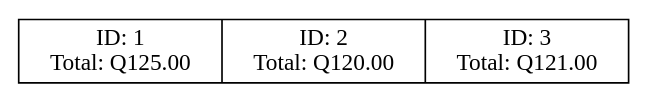
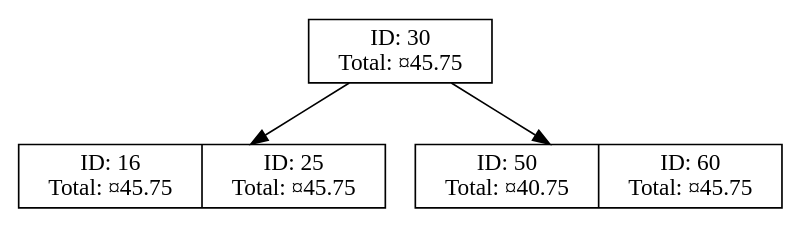
Before and after one commit to JavierVelasquez39/-EDD-1S2025_202307775: the diagram in Fase 2/AutoGestPro/Reportes/ÁrbolBFacturas.dot, drawn with Graphviz. The commit also changed 111 other files, not shown here.

```diff
--- a/Fase 2/AutoGestPro/Reportes/ÁrbolBFacturas.dot
+++ b/Fase 2/AutoGestPro/Reportes/ÁrbolBFacturas.dot
@@ -1,4 +1,8 @@
 digraph ArbolBFacturas {
 node [shape=record];
-nodo39201736 [label="<f1> ID: 1\nTotal: Q125.00|<f2> ID: 2\nTotal: Q120.00|<f3> ID: 3\nTotal: Q121.00"];
+nodo54778057 [label="<f30> ID: 30\nTotal: ¤45.75"];
+nodo54778057:f0 -> nodo23240469;
+nodo23240469 [label="<f16> ID: 16\nTotal: ¤45.75|<f25> ID: 25\nTotal: ¤45.75"];
+nodo54778057:f1 -> nodo7837633;
+nodo7837633 [label="<f50> ID: 50\nTotal: ¤40.75|<f60> ID: 60\nTotal: ¤45.75"];
 }
```
